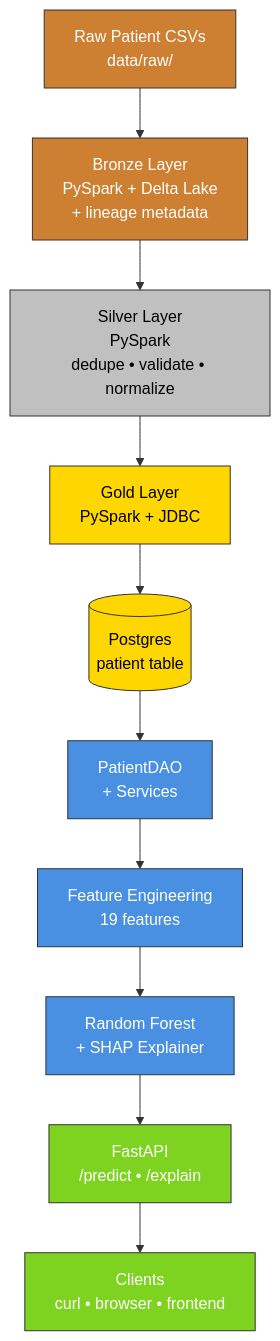
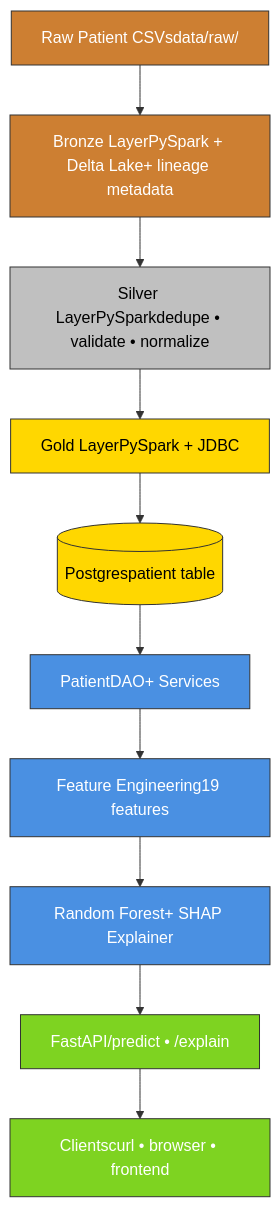
The diagram in README.md (DevSanjayShah05/readmit-iq), drawn with Mermaid before and after one commit. The commit also changed other lines of this file, not shown here.

````diff
--- a/README.md
+++ b/README.md
@@ -27,23 +27,23 @@
 ```mermaid
 flowchart TD
-    A[Raw Patient CSVs<br/>data/raw/] --> B[Bronze Layer<br/>PySpark + Delta Lake<br/>+ lineage metadata]
-    B --> C[Silver Layer<br/>PySpark<br/>dedupe • validate • normalize]
-    C --> D[Gold Layer<br/>PySpark + JDBC]
-    D --> E[(Postgres<br/>patient table)]
-    E --> F[PatientDAO<br/>+ Services]
-    F --> G[Feature Engineering<br/>19 features]
-    G --> H[Random Forest<br/>+ SHAP Explainer]
-    H --> I[FastAPI<br/>/predict • /explain]
-    I --> J[Clients<br/>curl • browser • frontend]
+    A[Raw Patient CSVsdata/raw/] --> B[Bronze LayerPySpark + Delta Lake+ lineage metadata]
+    B --> C[Silver LayerPySparkdedupe • validate • normalize]
+    C --> D[Gold LayerPySpark + JDBC]
+    D --> E[(Postgrespatient table)]
+    E --> F[PatientDAO+ Services]
+    F --> G[Feature Engineering19 features]
+    G --> H[Random Forest+ SHAP Explainer]
+    H --> I[FastAPI/predict • /explain]
+    I --> J[Clientscurl • browser • frontend]
 
     style A fill:#cd7f32,stroke:#333,color:#fff
     style B fill:#cd7f32,stroke:#333,color:#fff
     style C fill:#c0c0c0,stroke:#333,color:#000
     style D fill:#ffd700,stroke:#333,color:#000
     style E fill:#ffd700,stroke:#333,color:#000
     style F fill:#4a90e2,stroke:#333,color:#fff
     style G fill:#4a90e2,stroke:#333,color:#fff
     style H fill:#4a90e2,stroke:#333,color:#fff
     style I fill:#7ed321,stroke:#333,color:#fff
     style J fill:#7ed321,stroke:#333,color:#fff
 ```
````
